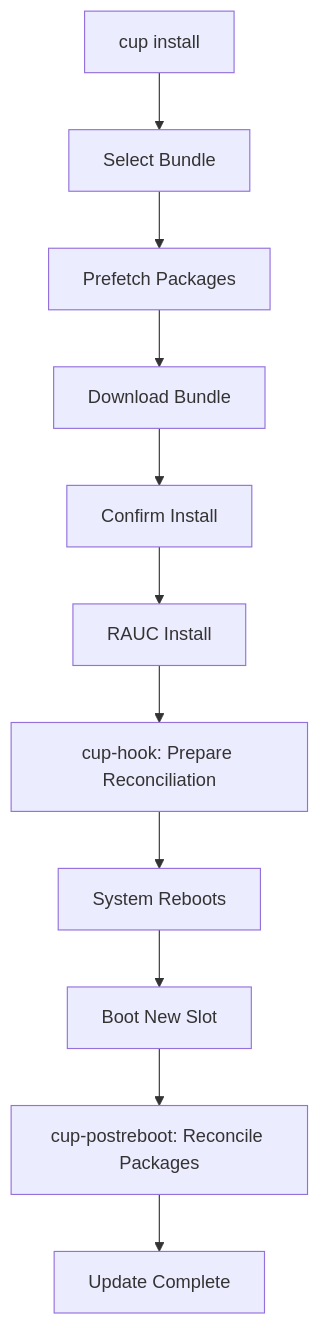
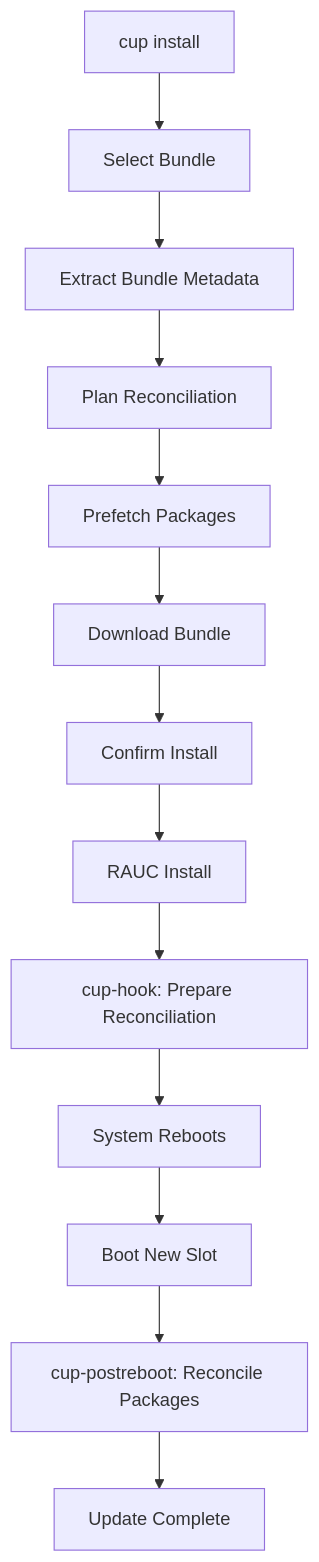
Before and after one commit to Calculinux/docs: the diagram in docs/user-guide/updates.md, drawn with Mermaid. The commit also changed other lines of this file and 1 other file, not shown here.

Commit message:
update doc for cup

````diff
--- a/docs/user-guide/updates.md
+++ b/docs/user-guide/updates.md
@@ -192,13 +198,15 @@
 ```mermaid
 graph TD
     A[cup install] --> B[Select Bundle]
-    B --> C[Prefetch Packages]
-    C --> D[Download Bundle]
-    D --> E[Confirm Install]
-    E --> F[RAUC Install]
-    F --> G[cup-hook: Prepare Reconciliation]
-    G --> H[System Reboots]
-    H --> I[Boot New Slot]
-    I --> J[cup-postreboot: Reconcile Packages]
-    J --> K[Update Complete]
+    B --> C[Extract Bundle Metadata]
+    C --> D[Plan Reconciliation]
+    D --> E[Prefetch Packages]
+    E --> F[Download Bundle]
+    F --> G[Confirm Install]
+    G --> H[RAUC Install]
+    H --> I[cup-hook: Prepare Reconciliation]
+    I --> J[System Reboots]
+    J --> K[Boot New Slot]
+    K --> L[cup-postreboot: Reconcile Packages]
+    L --> M[Update Complete]
 ```
````
